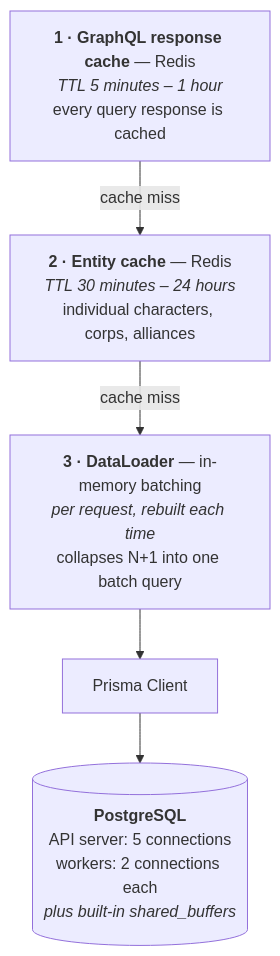
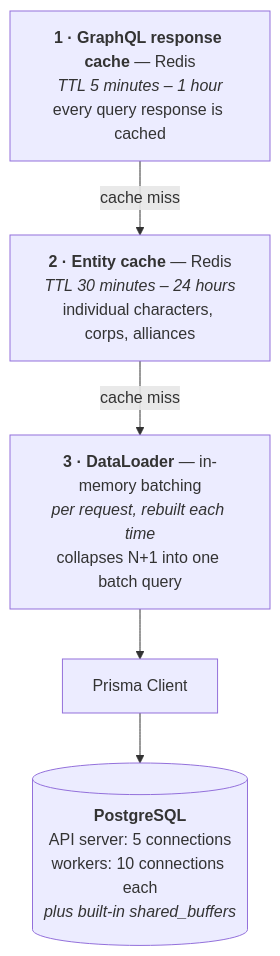
The diagram in backend/docs/redis-cache/postgresql-query-cache-analysis.md (umutyerebakmaz/killreport), drawn with Mermaid before and after one commit. The commit also changed other lines of this file and 9 other files, not shown here.

````diff
--- a/backend/docs/redis-cache/postgresql-query-cache-analysis.md
+++ b/backend/docs/redis-cache/postgresql-query-cache-analysis.md
@@ -11,12 +11,12 @@
 ```mermaid
 flowchart TB
     L1["<b>1 · GraphQL response cache</b> — Redis<br/><i>TTL 5 minutes – 1 hour</i><br/>every query response is cached"]
     L2["<b>2 · Entity cache</b> — Redis<br/><i>TTL 30 minutes – 24 hours</i><br/>individual characters, corps, alliances"]
     L3["<b>3 · DataLoader</b> — in-memory batching<br/><i>per request, rebuilt each time</i><br/>collapses N+1 into one batch query"]
     Prisma["Prisma Client"]
-    PG[("<b>PostgreSQL</b><br/>API server: 5 connections<br/>workers: 2 connections each<br/><i>plus built-in shared_buffers</i>")]
+    PG[("<b>PostgreSQL</b><br/>API server: 5 connections<br/>workers: 10 connections each<br/><i>plus built-in shared_buffers</i>")]
 
     L1 -->|"cache miss"| L2
     L2 -->|"cache miss"| L3
     L3 --> Prisma --> PG
 ```
````
